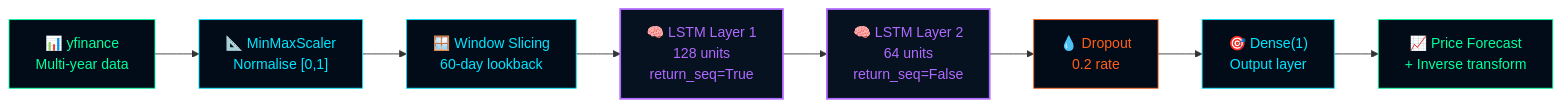
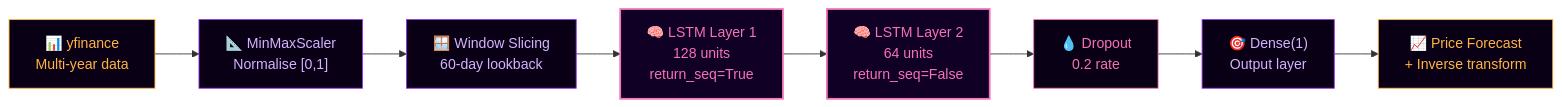
The fifth of 8 diagrams in README.md (LuthandoCandlovu/LuthandoCandlovu), drawn with Mermaid before and after one commit. The commit also changed other lines of this file, not shown here.

````diff
--- a/README.md
+++ b/README.md
@@ -407,20 +367,20 @@
 ```mermaid
 graph LR
     YF["📊 yfinance\nMulti-year data"]:::input
     NORM["📐 MinMaxScaler\nNormalise [0,1]"]:::process
     WIN["🪟 Window Slicing\n60-day lookback"]:::process
     L1["🧠 LSTM Layer 1\n128 units\nreturn_seq=True"]:::lstm
     L2["🧠 LSTM Layer 2\n64 units\nreturn_seq=False"]:::lstm
     DROP["💧 Dropout\n0.2 rate"]:::reg
     DENSE["🎯 Dense(1)\nOutput layer"]:::output
     PRED["📈 Price Forecast\n+ Inverse transform"]:::result
 
     YF --> NORM --> WIN --> L1 --> L2 --> DROP --> DENSE --> PRED
 
-    classDef input fill:#020c18,stroke:#00ff9d,color:#00ff9d
-    classDef process fill:#020c18,stroke:#00e5ff,color:#00e5ff
-    classDef lstm fill:#061220,stroke:#b06aff,color:#b06aff,stroke-width:2px
-    classDef reg fill:#020c18,stroke:#ff5e1a,color:#ff5e1a
-    classDef output fill:#020c18,stroke:#00e5ff,color:#00e5ff
-    classDef result fill:#020c18,stroke:#00ff9d,color:#00ff9d
+    classDef input fill:#0a0015,stroke:#FFB347,color:#FFB347
+    classDef process fill:#0a0015,stroke:#9333EA,color:#d4b3ff
+    classDef lstm fill:#100025,stroke:#F472B6,color:#F472B6,stroke-width:2px
+    classDef reg fill:#0a0015,stroke:#F472B6,color:#F472B6
+    classDef output fill:#0a0015,stroke:#9333EA,color:#d4b3ff
+    classDef result fill:#0a0015,stroke:#FFB347,color:#FFB347
 ```
````
